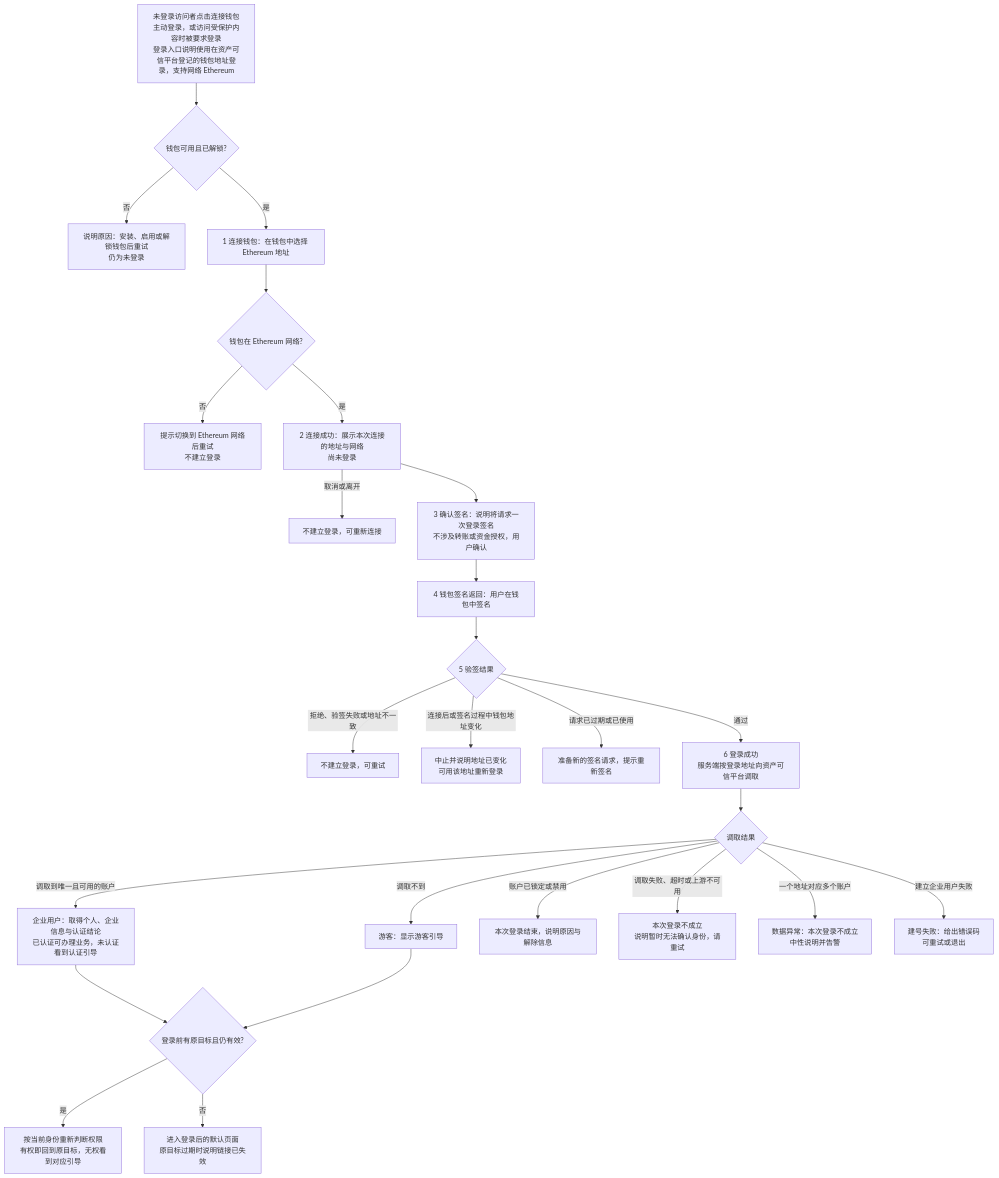
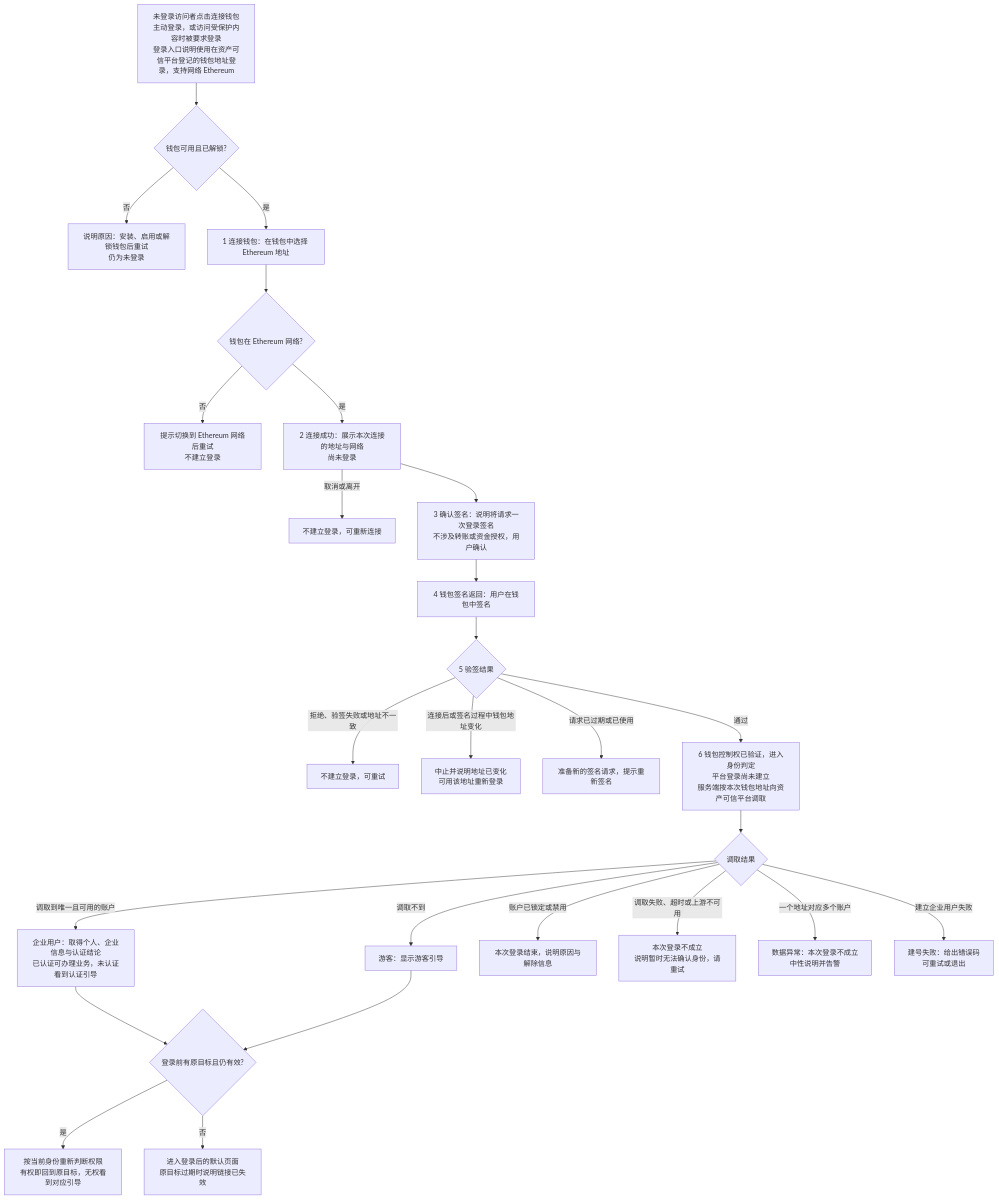
Before and after one commit to wxblockchain/Chain-Financing: the first of 5 diagrams in token-issuance-platform/PRD/面客端/M1-企业登录与企业账户/02-企业登录与企业账户-流程图与状态机.md, drawn with Mermaid. The commit also changed other lines of this file and 3 other files, not shown here.

````diff
--- a/token-issuance-platform/PRD/面客端/M1-企业登录与企业账户/02-企业登录与企业账户-流程图与状态机.md
+++ b/token-issuance-platform/PRD/面客端/M1-企业登录与企业账户/02-企业登录与企业账户-流程图与状态机.md
@@ -18,28 +18,28 @@
 ```mermaid
 flowchart TD
     A[未登录访问者点击连接钱包<br/>主动登录，或访问受保护内容时被要求登录<br/>登录入口说明使用在资产可信平台登记的钱包地址登录，支持网络 Ethereum] --> B{钱包可用且已解锁?}
     B -->|否| B1[说明原因：安装、启用或解锁钱包后重试<br/>仍为未登录]
     B -->|是| C[1 连接钱包：在钱包中选择 Ethereum 地址]
     C --> D{钱包在 Ethereum 网络?}
     D -->|否| D1[提示切换到 Ethereum 网络后重试<br/>不建立登录]
     D -->|是| C2[2 连接成功：展示本次连接的地址与网络<br/>尚未登录]
     C2 -->|取消或离开| C3[不建立登录，可重新连接]
     C2 --> E[3 确认签名：说明将请求一次登录签名<br/>不涉及转账或资金授权，用户确认]
     E --> F[4 钱包签名返回：用户在钱包中签名]
     F --> G{5 验签结果}
     G -->|拒绝、验签失败或地址不一致| G1[不建立登录，可重试]
     G -->|连接后或签名过程中钱包地址变化| G2[中止并说明地址已变化<br/>可用该地址重新登录]
     G -->|请求已过期或已使用| G3[准备新的签名请求，提示重新签名]
-    G -->|通过| H[6 登录成功<br/>服务端按登录地址向资产可信平台调取]
+    G -->|通过| H[6 钱包控制权已验证，进入身份判定<br/>平台登录尚未建立<br/>服务端按本次钱包地址向资产可信平台调取]
     H --> I{调取结果}
     I -->|调取到唯一且可用的账户| J[企业用户：取得个人、企业信息与认证结论<br/>已认证可办理业务，未认证看到认证引导]
     I -->|调取不到| K[游客：显示游客引导]
     I -->|账户已锁定或禁用| L[本次登录结束，说明原因与解除信息]
     I -->|调取失败、超时或上游不可用| M[本次登录不成立<br/>说明暂时无法确认身份，请重试]
     I -->|一个地址对应多个账户| N[数据异常：本次登录不成立<br/>中性说明并告警]
     I -->|建立企业用户失败| O[建号失败：给出错误码<br/>可重试或退出]
     J --> P{登录前有原目标且仍有效?}
     K --> P
     P -->|是| Q[按当前身份重新判断权限<br/>有权即回到原目标，无权看到对应引导]
     P -->|否| R[进入登录后的默认页面<br/>原目标过期时说明链接已失效]
 ```
````
